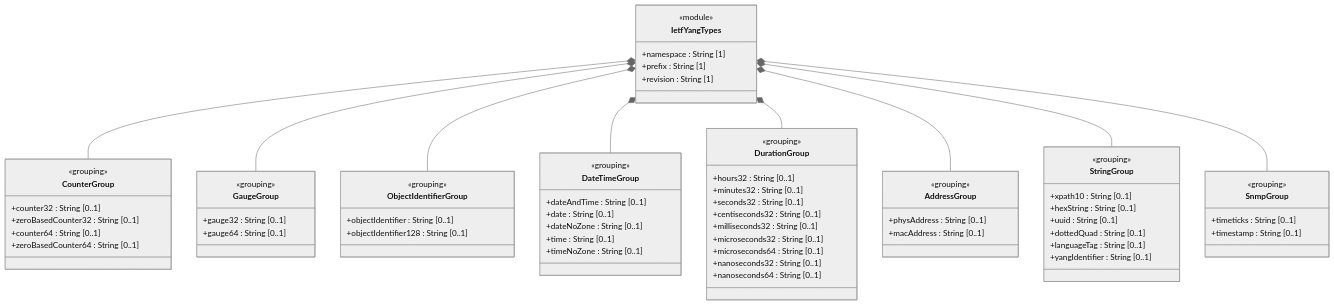
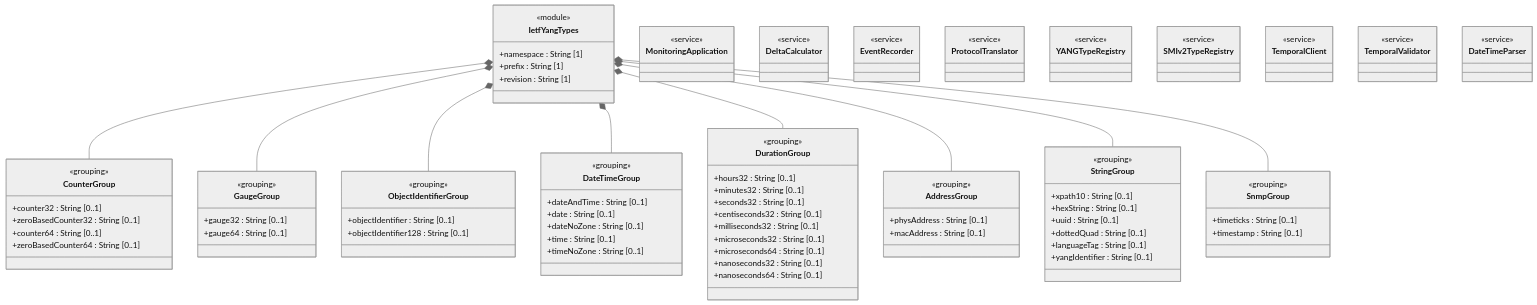
One commit to gintatkinson/dep-tst40 changed the first of 2 diagrams in docs/epics/epic-02-ietf-yang-types.md. Above: the diagram before and after it, drawn with Mermaid (neutral theme). The commit also changed 4 other files, not shown here.

First line of the commit message:
docs: fix remaining UML — operations, service classifiers, alt flows

````diff
--- a/docs/epics/epic-02-ietf-yang-types.md
+++ b/docs/epics/epic-02-ietf-yang-types.md
@@ -109,4 +109,14 @@
     IetfYangTypes *-- AddressGroup
     IetfYangTypes *-- StringGroup
     IetfYangTypes *-- SnmpGroup
+
+    class MonitoringApplication { <<service>> }
+    class DeltaCalculator { <<service>> }
+    class EventRecorder { <<service>> }
+    class ProtocolTranslator { <<service>> }
+    class YANGTypeRegistry { <<service>> }
+    class SMIv2TypeRegistry { <<service>> }
+    class TemporalClient { <<service>> }
+    class TemporalValidator { <<service>> }
+    class DateTimeParser { <<service>> }
 ```
````
